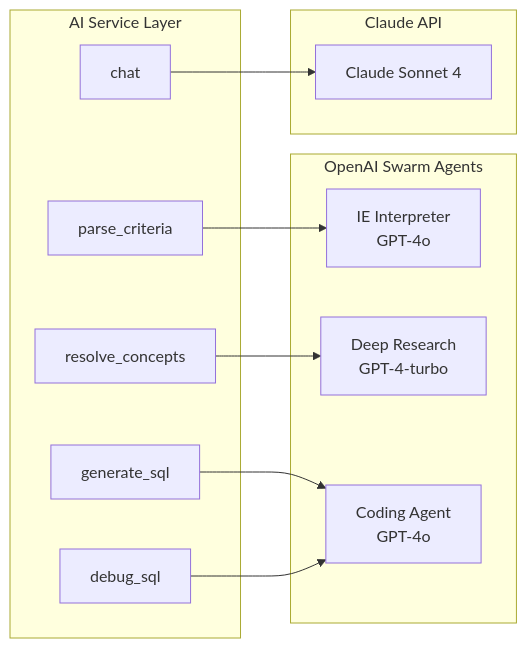
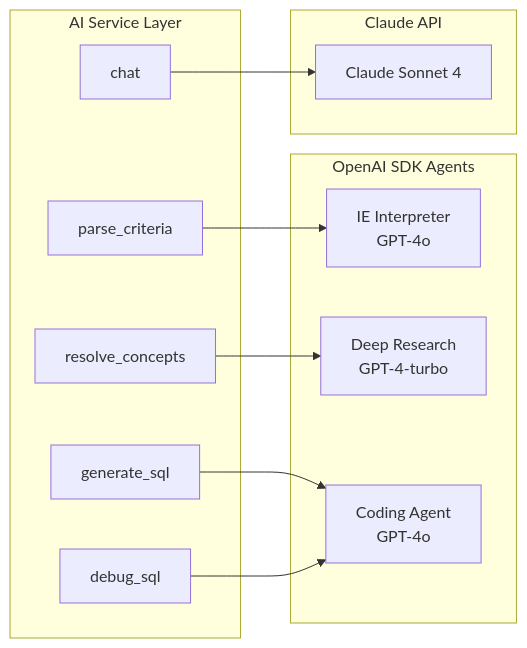
Before and after one commit to lk4ml/rwd-ie-optimizer: the third of 3 diagrams in ARCHITECTURE.md, drawn with Mermaid. The commit also changed other lines of this file and 15 other files, not shown here.

````diff
--- a/ARCHITECTURE.md
+++ b/ARCHITECTURE.md
@@ -114,26 +114,26 @@
 ```mermaid
 graph LR
     subgraph AIService["AI Service Layer"]
         Parse[parse_criteria]
         Resolve[resolve_concepts]
         GenSQL[generate_sql]
         Debug[debug_sql]
         Chat[chat]
     end
 
-    subgraph Agents["OpenAI Swarm Agents"]
+    subgraph Agents["OpenAI SDK Agents"]
         IE[IE Interpreter<br/>GPT-4o]
         DR[Deep Research<br/>GPT-4-turbo]
         CA[Coding Agent<br/>GPT-4o]
     end
 
     subgraph Claude["Claude API"]
         ClaudeChat[Claude Sonnet 4]
     end
 
     Parse --> IE
     Resolve --> DR
     GenSQL --> CA
     Debug --> CA
     Chat --> ClaudeChat
 ```
````
